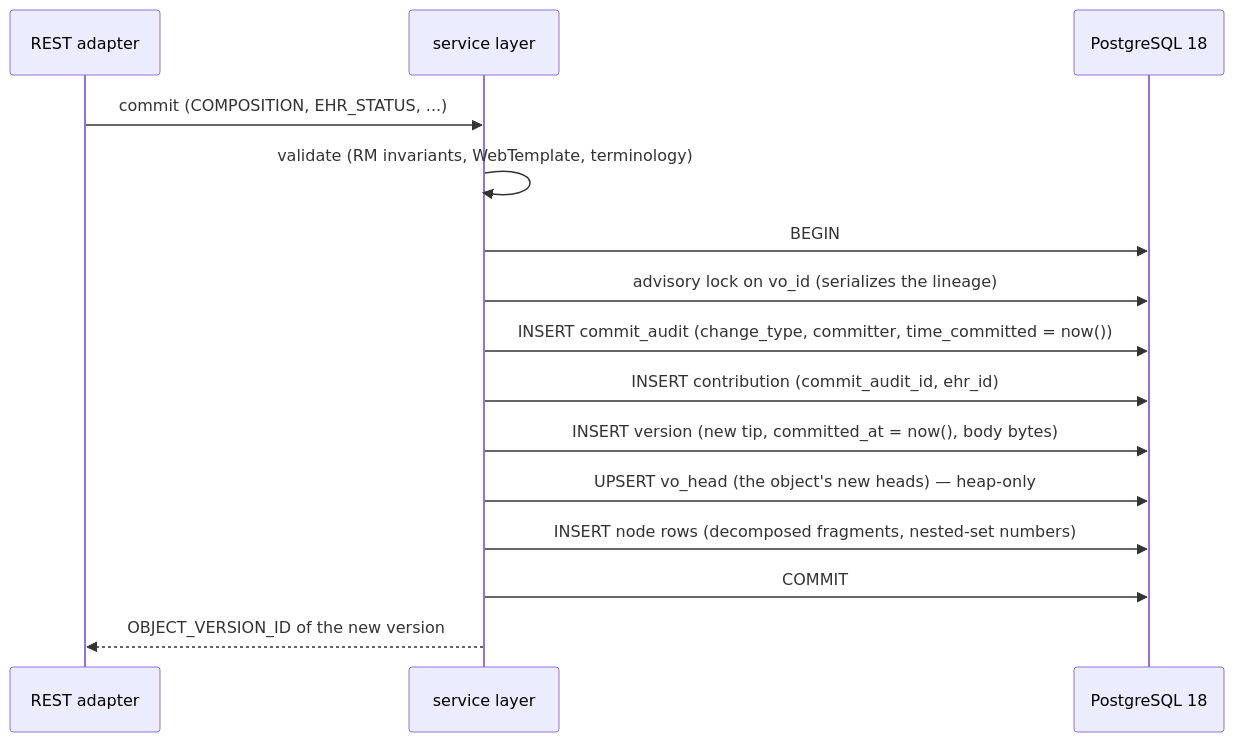
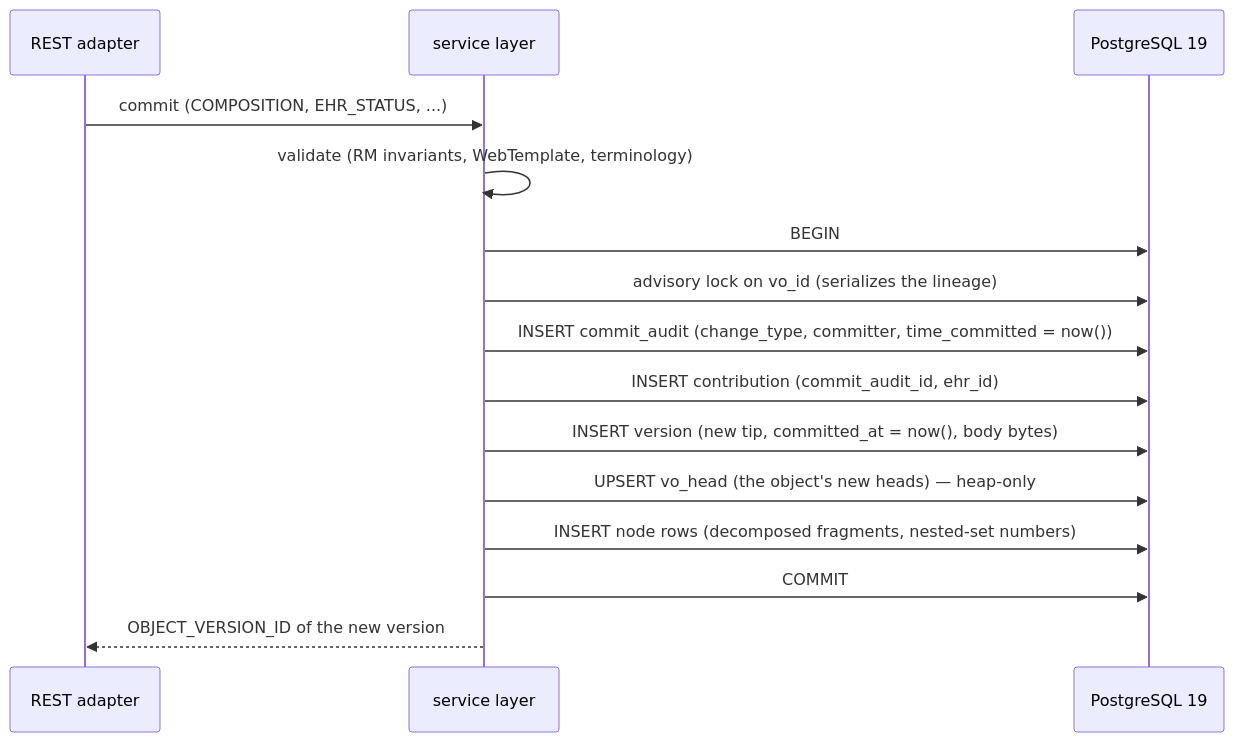
The fifth of 6 diagrams in website/book/src/concepts/storage.md (FerroHEALTH/FerroEHR), drawn with Mermaid before and after one commit. The commit also changed other lines of this file and 111 other files, not shown here.

First line of the commit message:
build: run on PostgreSQL 19 and refuse an older server at boot

````diff
--- a/website/book/src/concepts/storage.md
+++ b/website/book/src/concepts/storage.md
@@ -328,18 +328,18 @@
 ```mermaid
 sequenceDiagram
     participant R as REST adapter
     participant S as service layer
-    participant PG as PostgreSQL 18
+    participant PG as PostgreSQL 19
 
     R->>S: commit (COMPOSITION, EHR_STATUS, ...)
     S->>S: validate (RM invariants, WebTemplate, terminology)
     S->>PG: BEGIN
     S->>PG: advisory lock on vo_id (serializes the lineage)
     S->>PG: INSERT commit_audit (change_type, committer, time_committed = now())
     S->>PG: INSERT contribution (commit_audit_id, ehr_id)
     S->>PG: INSERT version (new tip, committed_at = now(), body bytes)
     S->>PG: UPSERT vo_head (the object's new heads) — heap-only
     S->>PG: INSERT node rows (decomposed fragments, nested-set numbers)
     S->>PG: COMMIT
     S-->>R: OBJECT_VERSION_ID of the new version
 ```
````
